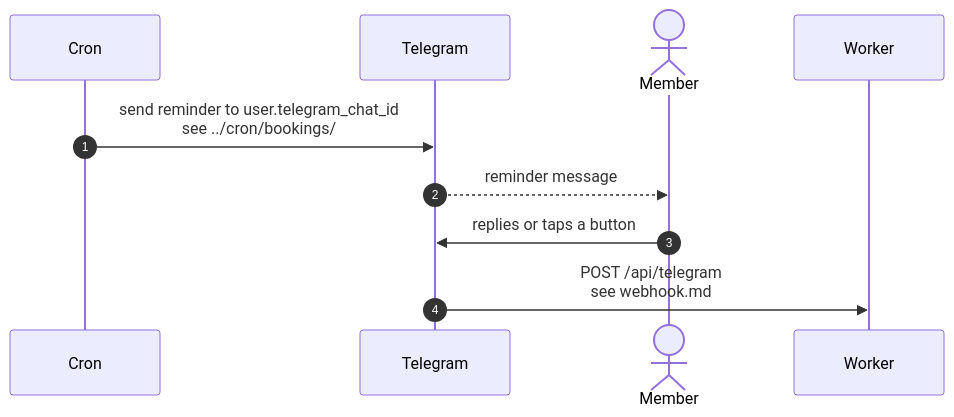
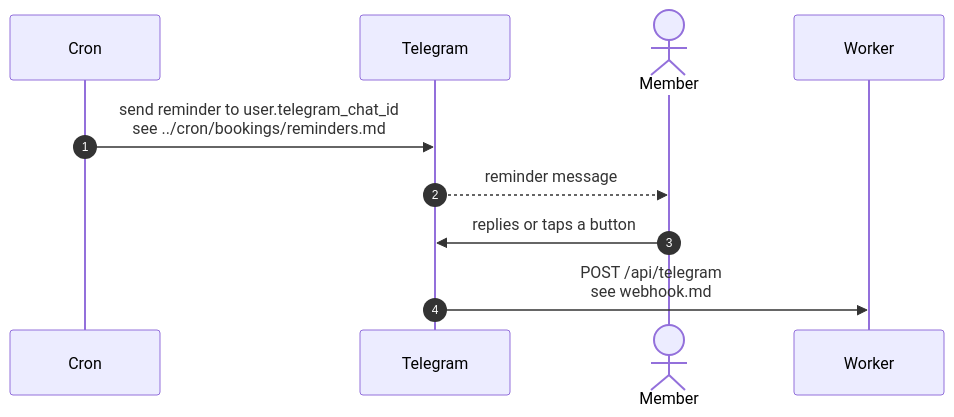
One commit to sagyzdop/meriksirat changed the diagram in docs/scenarios/telegram/reminders-handoff.md. Above: the diagram before and after it, drawn with Mermaid. The commit also changed other lines of this file and 13 other files, not shown here.

Commit message:
docs(scenarios): verify telegram diagrams against code

````diff
--- a/docs/scenarios/telegram/reminders-handoff.md
+++ b/docs/scenarios/telegram/reminders-handoff.md
@@ -18,12 +20,12 @@
 ```mermaid
 sequenceDiagram
     autonumber
     participant Cron
     participant Telegram
     actor Member
     participant Worker
-    Cron->>Telegram: send reminder to user.telegram_chat_id<br/>see ../cron/bookings/
+    Cron->>Telegram: send reminder to user.telegram_chat_id<br/>see ../cron/bookings/reminders.md
     Telegram-->>Member: reminder message
     Member->>Telegram: replies or taps a button
     Telegram->>Worker: POST /api/telegram<br/>see webhook.md
 ```
````
